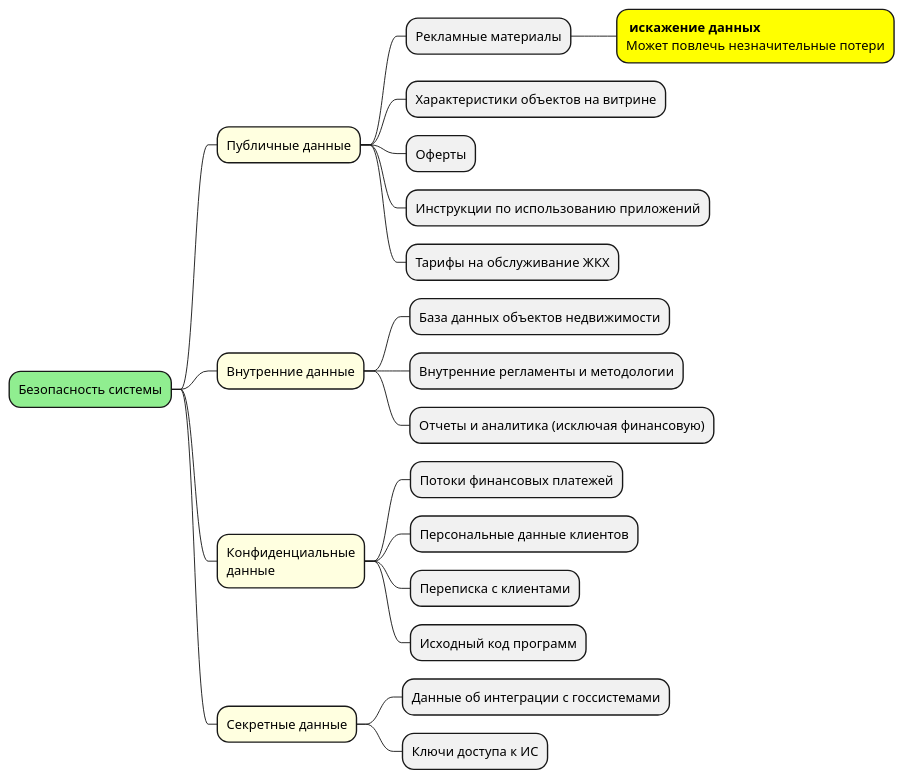
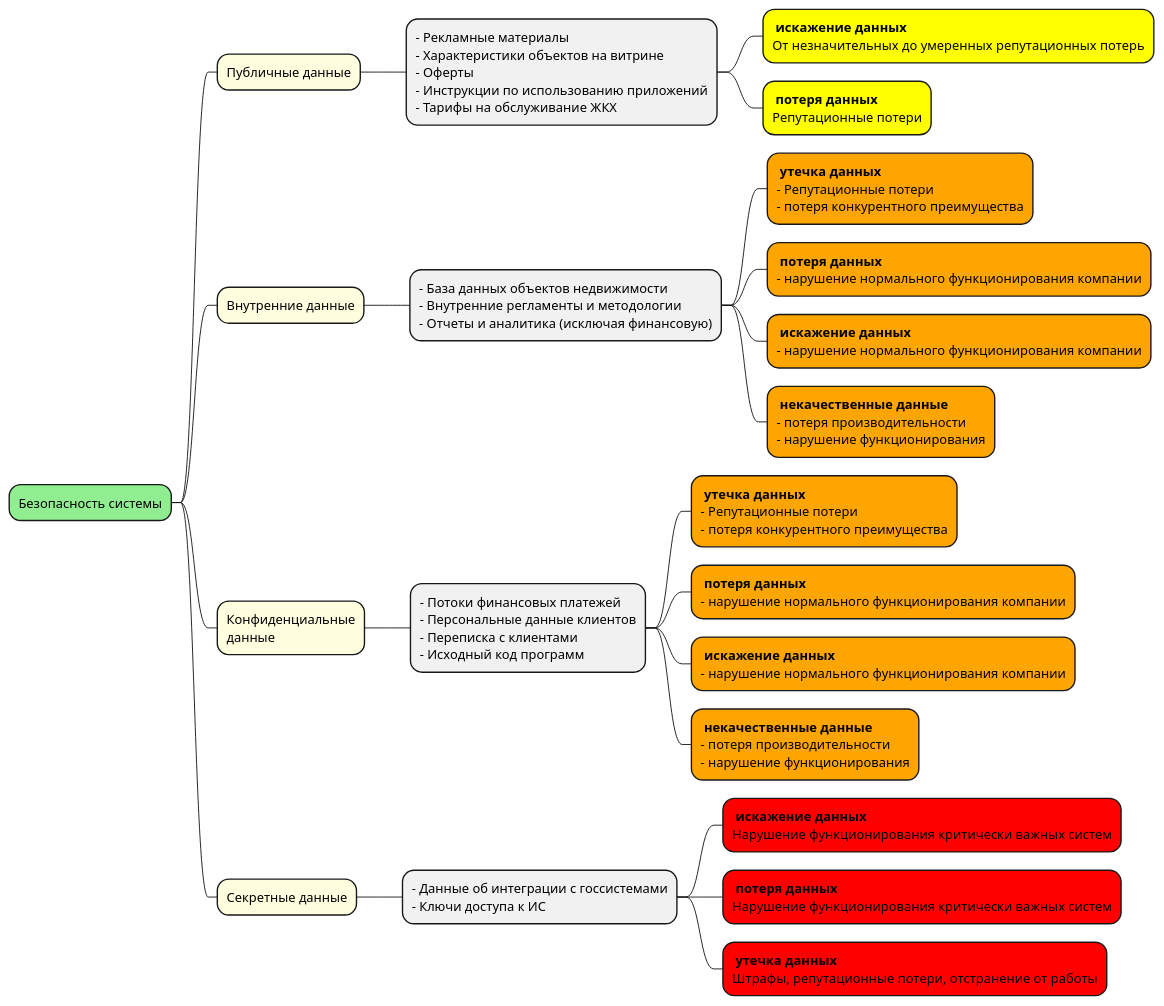
The diagram in Task1/mindmap.puml (Kraktorist/architecture-propdevelopment), drawn with PlantUML before and after one commit.

Commit message:
task1 mindmap

```diff
--- a/Task1/mindmap.puml
+++ b/Task1/mindmap.puml
@@ -1,24 +1,56 @@
 @startmindmap risks
 *[#lightgreen] Безопасность системы
 **[#lightyellow] Публичные данные
-*** Рекламные материалы
+***:- Рекламные материалы
+- Характеристики объектов на витрине
+- Оферты
+- Инструкции по использованию приложений
+- Тарифы на обслуживание ЖКХ;
 ****[#yellow]: **искажение данных**
-Может повлечь незначительные потери;
-*** Характеристики объектов на витрине
-*** Оферты
-*** Инструкции по использованию приложений
-*** Тарифы на обслуживание ЖКХ
+От незначительных до умеренных репутационных потерь;
+****[#yellow]: **потеря данных**
+Репутационные потери;
+
+
 **[#lightyellow] Внутренние данные
-*** База данных объектов недвижимости
-*** Внутренние регламенты и методологии
-*** Отчеты и аналитика (исключая финансовую)
+***:- База данных объектов недвижимости
+- Внутренние регламенты и методологии
+- Отчеты и аналитика (исключая финансовую);
+****[#orange]: **утечка данных**
+- Репутационные потери
+- потеря конкурентного преимущества;
+****[#orange]: **потеря данных**
+- нарушение нормального функционирования компании;
+****[#orange]: **искажение данных**
+- нарушение нормального функционирования компании;
+****[#orange]: **некачественные данные**
+- потеря производительности
+- нарушение функционирования;
+
+
 **[#lightyellow]:Конфиденциальные 
 данные;
-*** Потоки финансовых платежей
-*** Персональные данные клиентов
-*** Переписка с клиентами
-*** Исходный код программ
+***:- Потоки финансовых платежей
+- Персональные данные клиентов
+- Переписка с клиентами
+- Исходный код программ;
+****[#orange]: **утечка данных**
+- Репутационные потери
+- потеря конкурентного преимущества;
+****[#orange]: **потеря данных**
+- нарушение нормального функционирования компании;
+****[#orange]: **искажение данных**
+- нарушение нормального функционирования компании;
+****[#orange]: **некачественные данные**
+- потеря производительности
+- нарушение функционирования;
 **[#lightyellow] Секретные данные
-*** Данные об интеграции с госсистемами
-*** Ключи доступа к ИС
+***:- Данные об интеграции с госсистемами
+- Ключи доступа к ИС;
+****[#red]: **искажение данных**
+Нарушение функционирования критически важных систем;
+****[#red]: **потеря данных**
+Нарушение функционирования критически важных систем;
+****[#red]: **утечка данных**
+Штрафы, репутационные потери, отстранение от работы;
 @endmindmap
```
